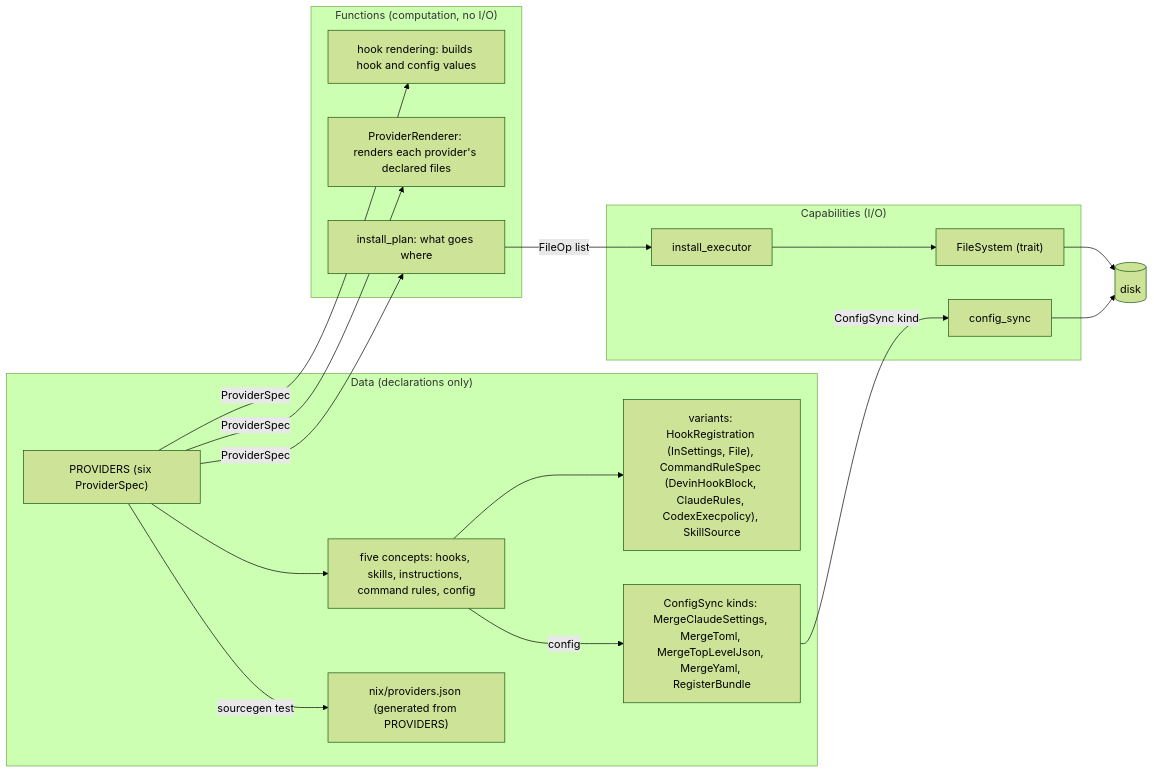
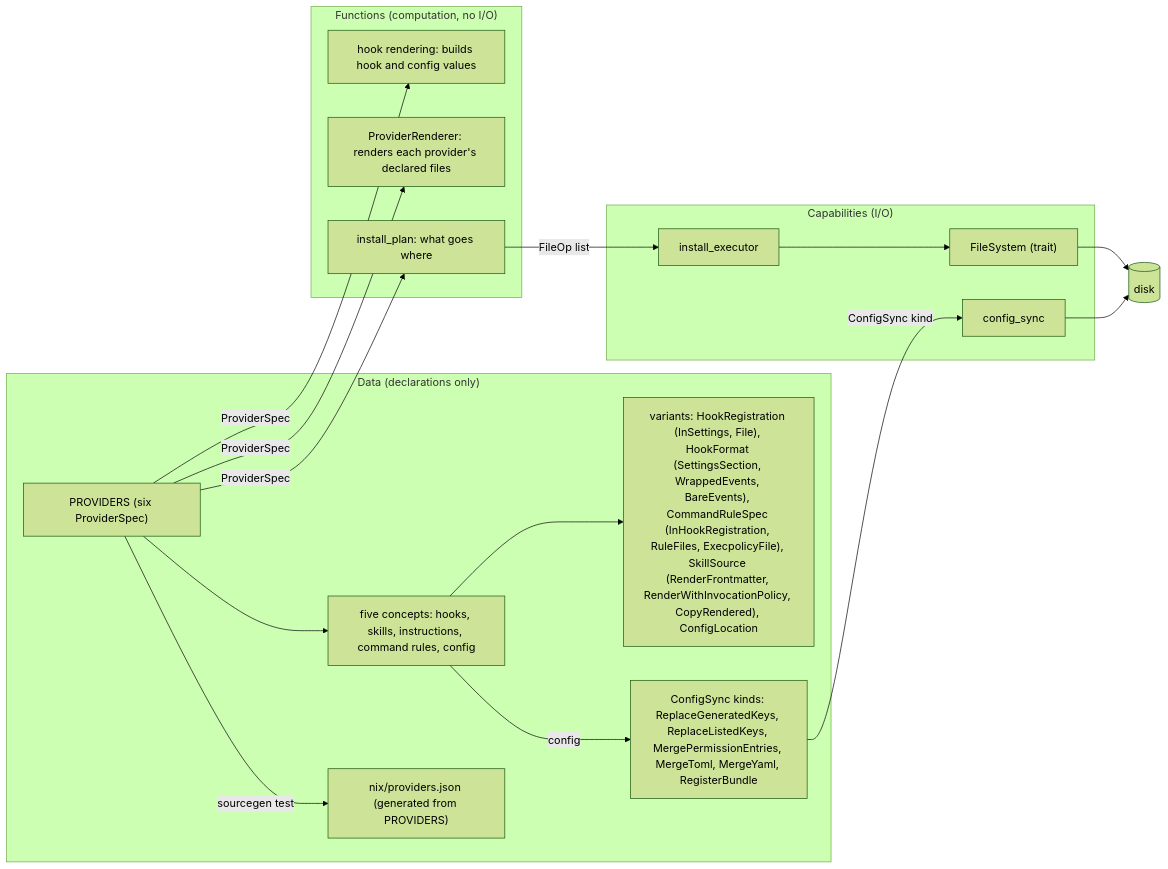
One commit to furedea/agent-harness changed the first of 2 diagrams in docs/DESIGN.md. Above: the diagram before and after it, drawn with Mermaid (forest theme). The commit also changed 11 other files, not shown here.

````diff
--- a/docs/DESIGN.md
+++ b/docs/DESIGN.md
@@ -93,33 +93,33 @@
 ```mermaid
 flowchart LR
   subgraph D["Data (declarations only)"]
     SPEC["PROVIDERS (six ProviderSpec)"]
     CONCEPTS["five concepts: hooks, skills, instructions, command rules, config"]
-    VARIANTS["variants: HookRegistration (InSettings, File), CommandRuleSpec (DevinHookBlock, ClaudeRules, CodexExecpolicy), SkillSource"]
+    VARIANTS["variants: HookRegistration (InSettings, File), HookFormat (SettingsSection, WrappedEvents, BareEvents), CommandRuleSpec (InHookRegistration, RuleFiles, ExecpolicyFile), SkillSource (RenderFrontmatter, RenderWithInvocationPolicy, CopyRendered), ConfigLocation"]
     JSON["nix/providers.json (generated from PROVIDERS)"]
-    KINDS["ConfigSync kinds: MergeClaudeSettings, MergeToml, MergeTopLevelJson, MergeYaml, RegisterBundle"]
+    KINDS["ConfigSync kinds: ReplaceGeneratedKeys, ReplaceListedKeys, MergePermissionEntries, MergeToml, MergeYaml, RegisterBundle"]
   end
   subgraph F["Functions (computation, no I/O)"]
     RENDER["hook rendering: builds hook and config values"]
     RENDERER["ProviderRenderer: renders each provider's declared files"]
     PLAN["install_plan: what goes where"]
   end
   subgraph C["Capabilities (I/O)"]
     EXEC["install_executor"]
     FS["FileSystem (trait)"]
     SYNC["config_sync"]
   end
   DISK[("disk")]
   SPEC -- "ProviderSpec" --> RENDER
   SPEC -- "ProviderSpec" --> RENDERER
   SPEC -- "ProviderSpec" --> PLAN
   SPEC --> CONCEPTS
   CONCEPTS --> VARIANTS
   CONCEPTS -- "config" --> KINDS
   SPEC -- "sourcegen test" --> JSON
   KINDS -- "ConfigSync kind" --> SYNC
   PLAN -- "FileOp list" --> EXEC
   EXEC --> FS
   FS --> DISK
   SYNC --> DISK
 ```
````
